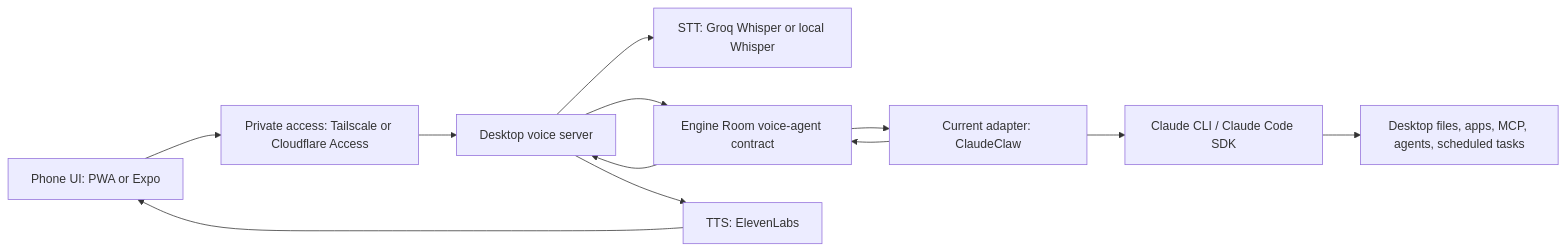
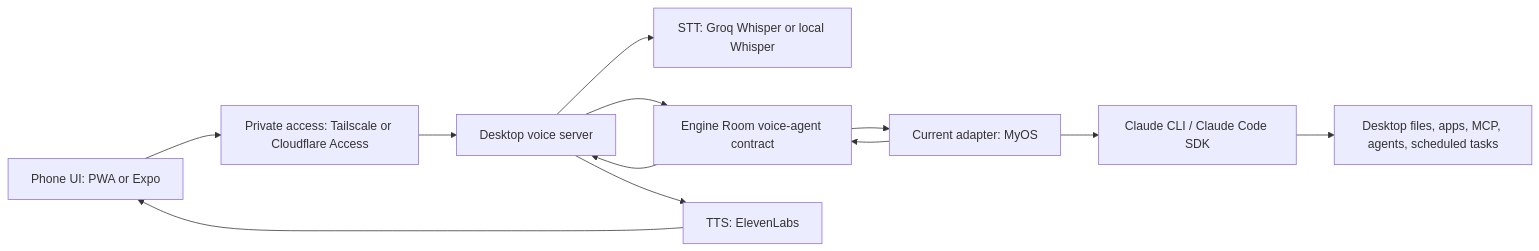
Before and after one commit to ruanmarkram-hash/MyOS: the diagram in starter-workspace/operations/engine-room/decisions/mobile-voice-agent-redesign.md, drawn with Mermaid. The commit also changed other lines of this file and 181 other files, not shown here.

````diff
--- a/starter-workspace/operations/engine-room/decisions/mobile-voice-agent-redesign.md
+++ b/starter-workspace/operations/engine-room/decisions/mobile-voice-agent-redesign.md
@@ -29,14 +29,14 @@
 ```mermaid
 flowchart LR
   Phone["Phone UI: PWA or Expo"] --> Access["Private access: Tailscale or Cloudflare Access"]
   Access --> Server["Desktop voice server"]
   Server --> STT["STT: Groq Whisper or local Whisper"]
   Server --> Contract["Engine Room voice-agent contract"]
-  Contract --> Adapter["Current adapter: ClaudeClaw"]
+  Contract --> Adapter["Current adapter: MyOS"]
   Adapter --> CLI["Claude CLI / Claude Code SDK"]
   CLI --> Tools["Desktop files, apps, MCP, agents, scheduled tasks"]
   Adapter --> Contract
   Contract --> Server
   Server --> TTS["TTS: ElevenLabs"]
   TTS --> Phone
 ```
````
